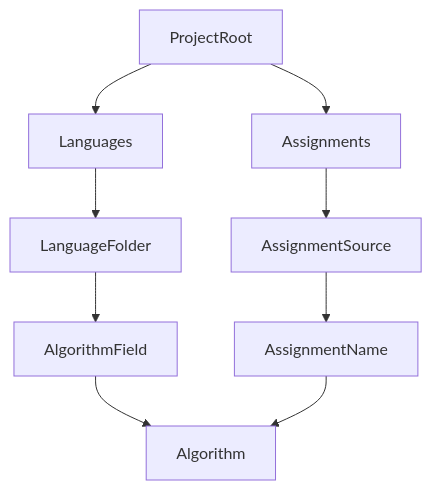
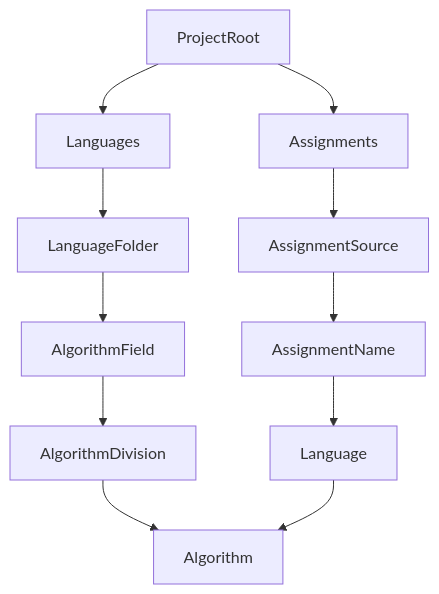
The diagram in README.md (Vin-Ren/Algorithms), drawn with Mermaid before and after one commit. The commit also changed other lines of this file, not shown here.

Commit message:
Updated Project Structure

````diff
--- a/README.md
+++ b/README.md
@@ -10,14 +10,16 @@
 ```mermaid
-graph TD;
+flowchart TD;
     ProjectRoot --> 
     Languages --> 
     LanguageFolder -->
     AlgorithmField -->
+    AlgorithmDivision --> 
     Algorithm;
 
     ProjectRoot --> 
     Assignments --> 
     AssignmentSource -->
     AssignmentName -->
+    Language -->
     Algorithm;
 ```
````
